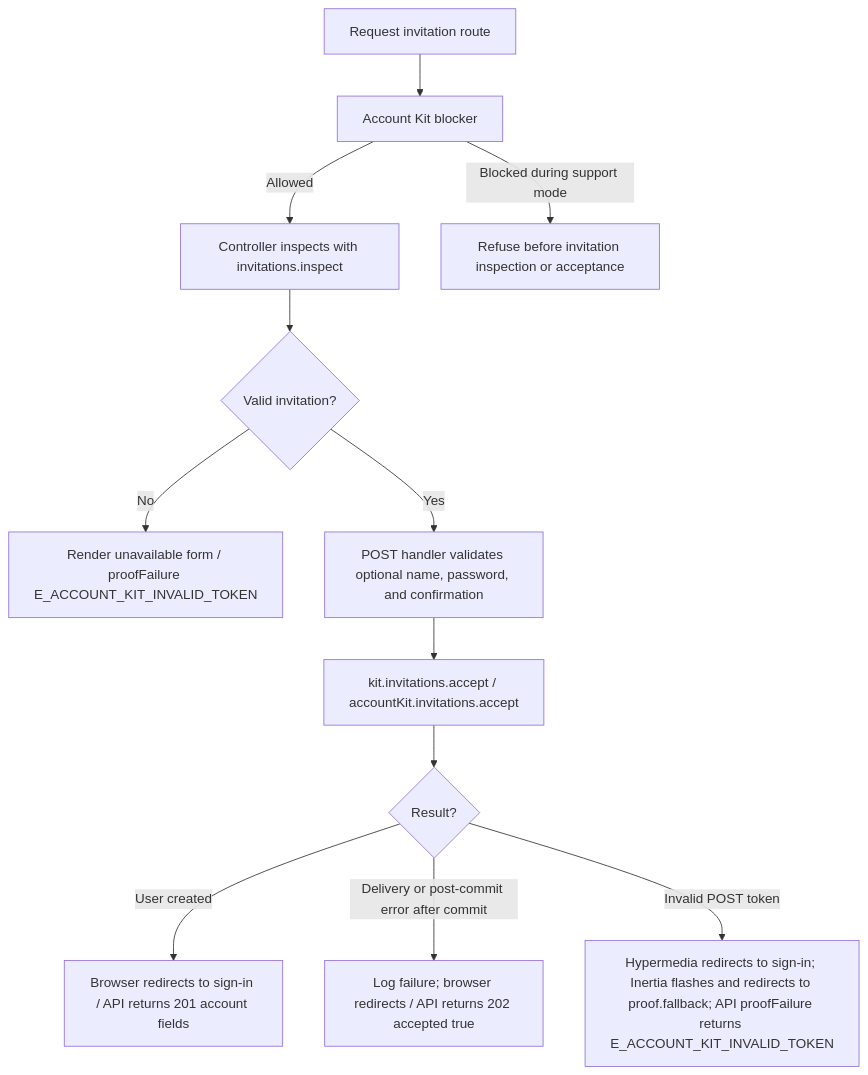
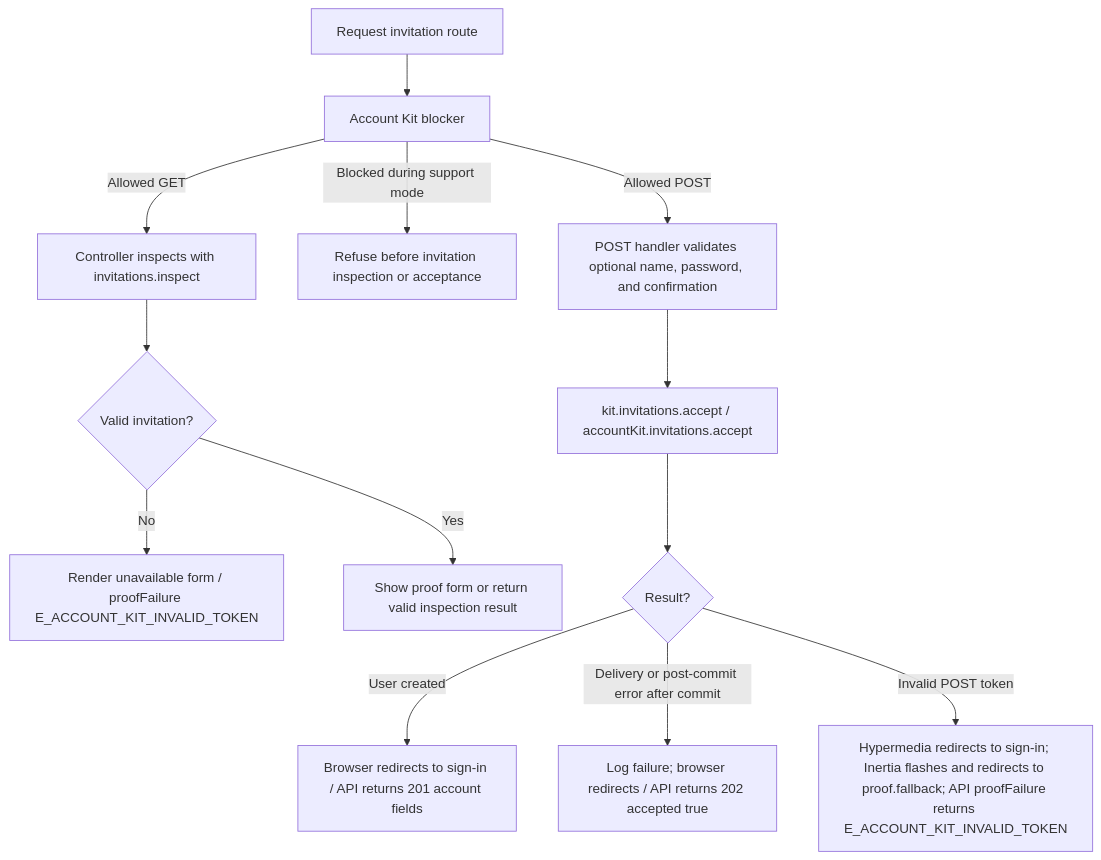
Before and after one commit to Kevinjohn/oss-adonisjs-starter-examples: the second of 2 diagrams in user-stories/teams/us-team-05-accept-invitation.md, drawn with Mermaid. The commit also changed 29 other files, not shown here.

````diff
--- a/user-stories/teams/us-team-05-accept-invitation.md
+++ b/user-stories/teams/us-team-05-accept-invitation.md
@@ -48,14 +48,15 @@
 ```mermaid
 flowchart TD
     A["Request invitation route"] --> Z["Account Kit blocker"]
-    Z -->|Allowed| B["Controller inspects with invitations.inspect"]
+    Z -->|Allowed GET| B["Controller inspects with invitations.inspect"]
     Z -->|Blocked during support mode| Z1["Refuse before invitation inspection or acceptance"]
     B --> C{"Valid invitation?"}
     C -->|No| D["Render unavailable form / proofFailure E_ACCOUNT_KIT_INVALID_TOKEN"]
-    C -->|Yes| E["POST handler validates optional name, password, and confirmation"]
+    C -->|Yes| V["Show proof form or return valid inspection result"]
+    Z -->|Allowed POST| E["POST handler validates optional name, password, and confirmation"]
     E --> F["kit.invitations.accept / accountKit.invitations.accept"]
     F --> G{"Result?"}
     G -->|User created| H["Browser redirects to sign-in / API returns 201 account fields"]
     G -->|Delivery or post-commit error after commit| I["Log failure; browser redirects / API returns 202 accepted true"]
     G -->|Invalid POST token| J["Hypermedia redirects to sign-in; Inertia flashes and redirects to proof.fallback; API proofFailure returns E_ACCOUNT_KIT_INVALID_TOKEN"]
 ```
````
